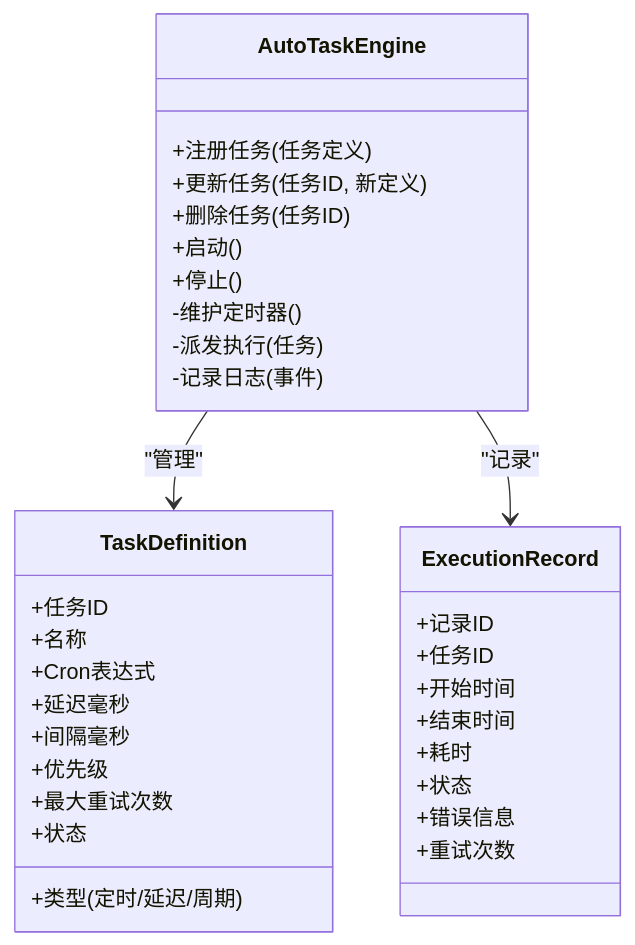
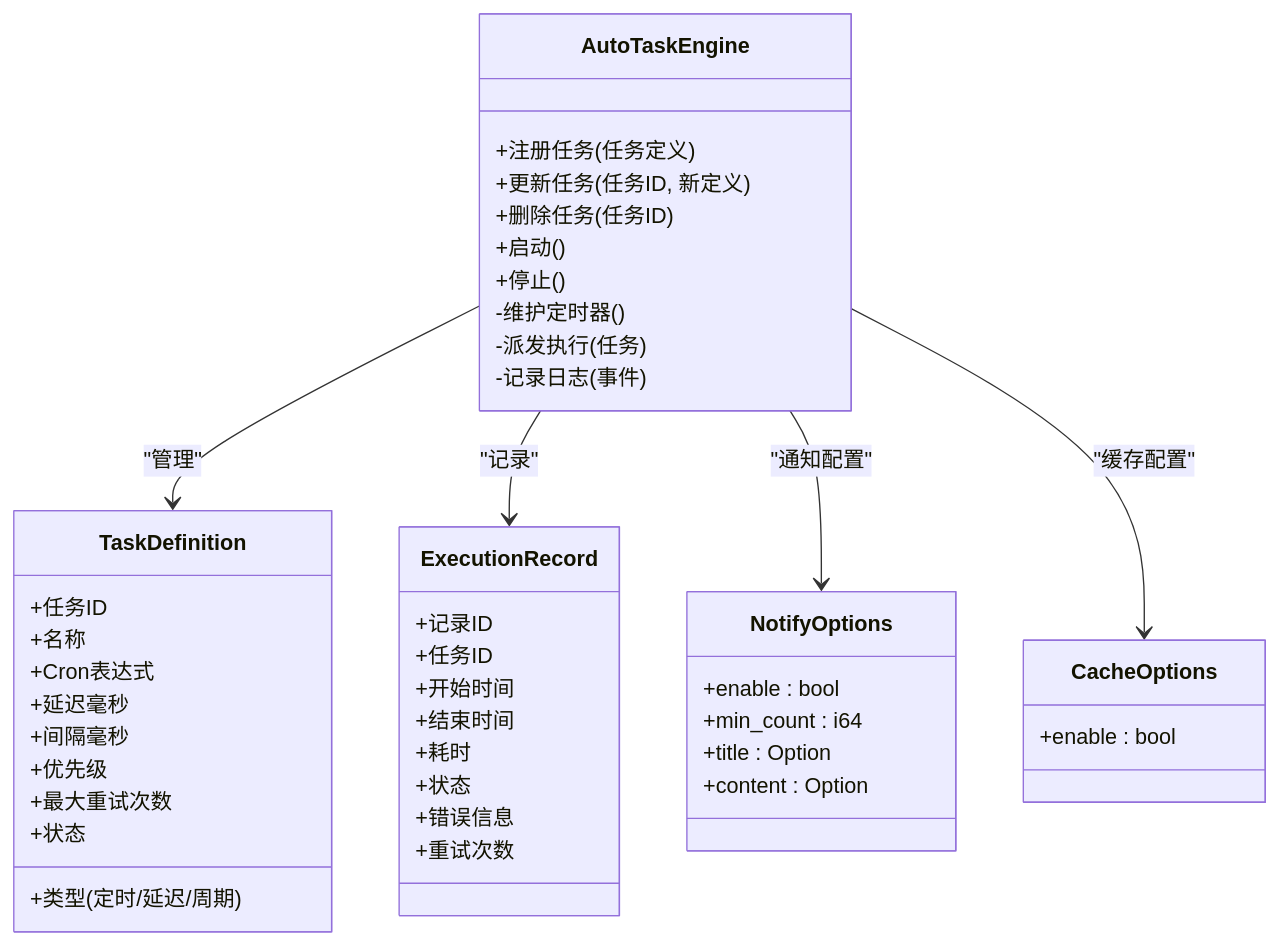
The third of 7 diagrams in .qoder/repowiki/zh/content/同步服务/自动任务调度.md (ZhangGHGitHub/LegadoTeamFlutter), drawn with Mermaid before and after one commit. The commit also changed other lines of this file and 173 other files, not shown here.

````diff
--- a/.qoder/repowiki/zh/content/同步服务/自动任务调度.md
+++ b/.qoder/repowiki/zh/content/同步服务/自动任务调度.md
@@ -125,36 +159,47 @@
 ```mermaid
 classDiagram
 class AutoTaskEngine {
 +注册任务(任务定义)
 +更新任务(任务ID, 新定义)
 +删除任务(任务ID)
 +启动()
 +停止()
 -维护定时器()
 -派发执行(任务)
 -记录日志(事件)
 }
 class TaskDefinition {
 +任务ID
 +名称
 +类型(定时/延迟/周期)
 +Cron表达式
 +延迟毫秒
 +间隔毫秒
 +优先级
 +最大重试次数
 +状态
 }
 class ExecutionRecord {
 +记录ID
 +任务ID
 +开始时间
 +结束时间
 +耗时
 +状态
 +错误信息
 +重试次数
 }
+class NotifyOptions {
++enable : bool
++min_count : i64
++title : Option<String>
++content : Option<String>
+}
+class CacheOptions {
++enable : bool
+}
 AutoTaskEngine --> TaskDefinition : "管理"
 AutoTaskEngine --> ExecutionRecord : "记录"
+AutoTaskEngine --> NotifyOptions : "通知配置"
+AutoTaskEngine --> CacheOptions : "缓存配置"
 ```
````
